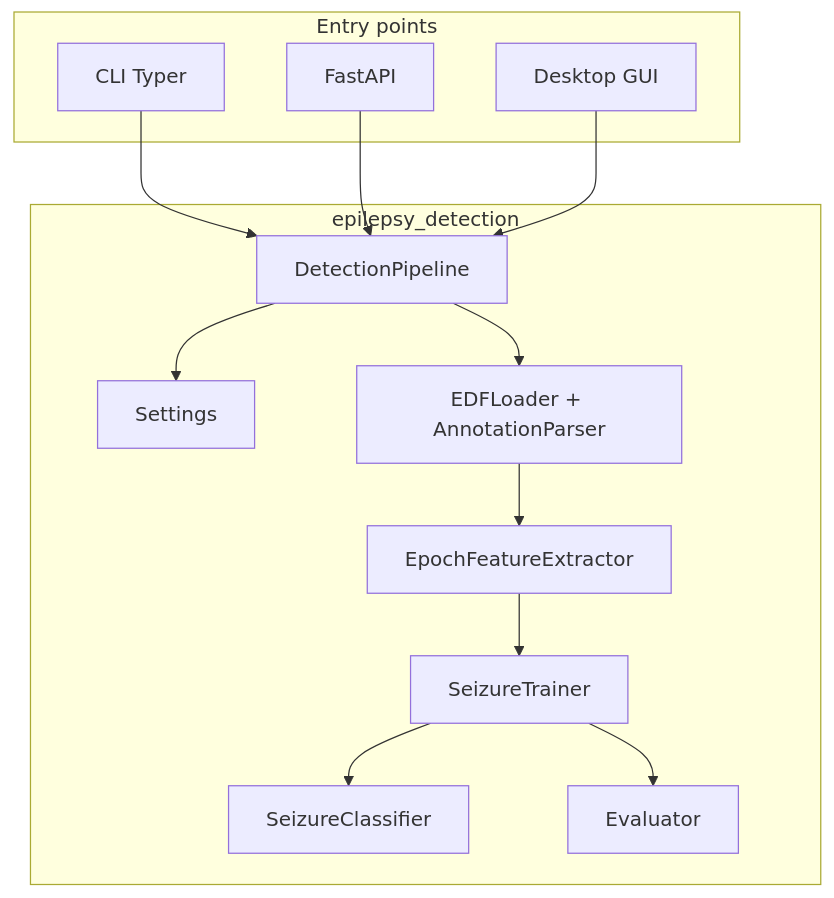
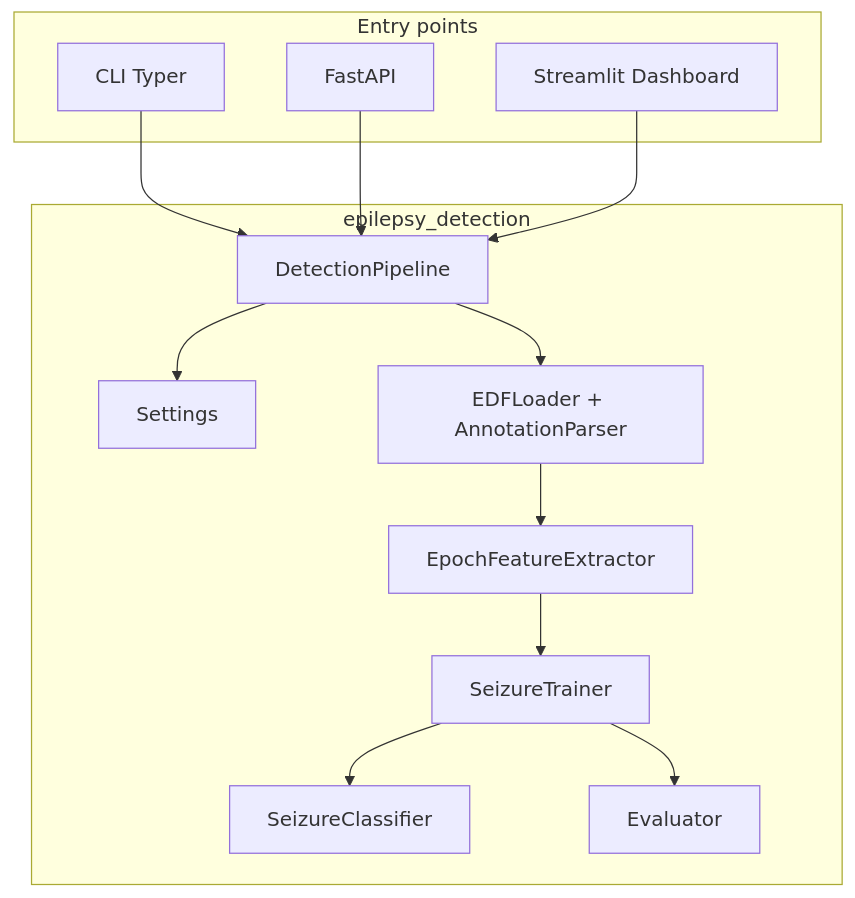
One commit to ShadAhammed/ML-based-epileptic-seizure-prediction changed the diagram in docs/ARCHITECTURE.md. Above: the diagram before and after it, drawn with Mermaid. The commit also changed 14 other files, not shown here.

First line of the commit message:
feat: replace tkinter GUI with Streamlit dashboard; gitignore notebooks

````diff
--- a/docs/ARCHITECTURE.md
+++ b/docs/ARCHITECTURE.md
@@ -9,23 +9,23 @@
 ```mermaid
 flowchart TB
   subgraph entry [Entry points]
     CLI[CLI Typer]
     API[FastAPI]
-    GUI[Desktop GUI]
+    Dashboard[Streamlit Dashboard]
   end
   subgraph core [epilepsy_detection]
     Config[Settings]
     Data[EDFLoader + AnnotationParser]
     Features[EpochFeatureExtractor]
     Train[SeizureTrainer]
     Model[SeizureClassifier]
     Eval[Evaluator]
     Pipe[DetectionPipeline]
   end
   CLI --> Pipe
   API --> Pipe
-  GUI --> Pipe
+  Dashboard --> Pipe
   Pipe --> Config
   Pipe --> Data --> Features --> Train --> Model
   Train --> Eval
 ```
````
